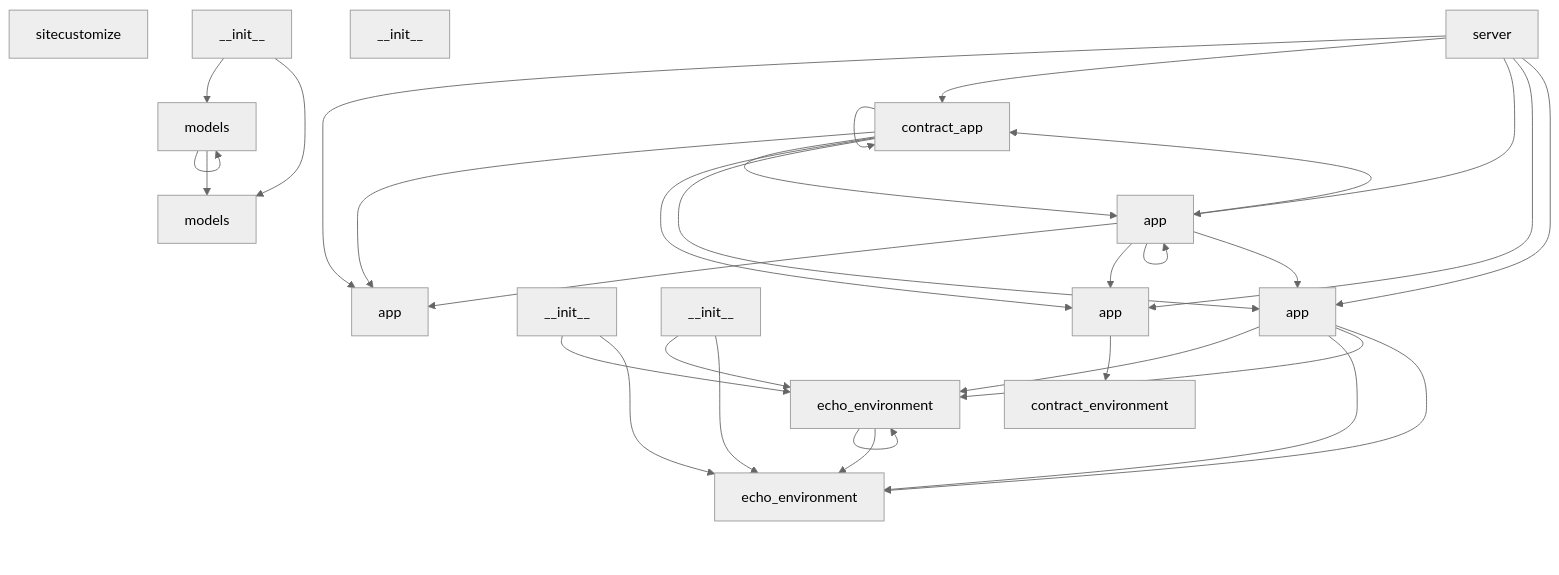
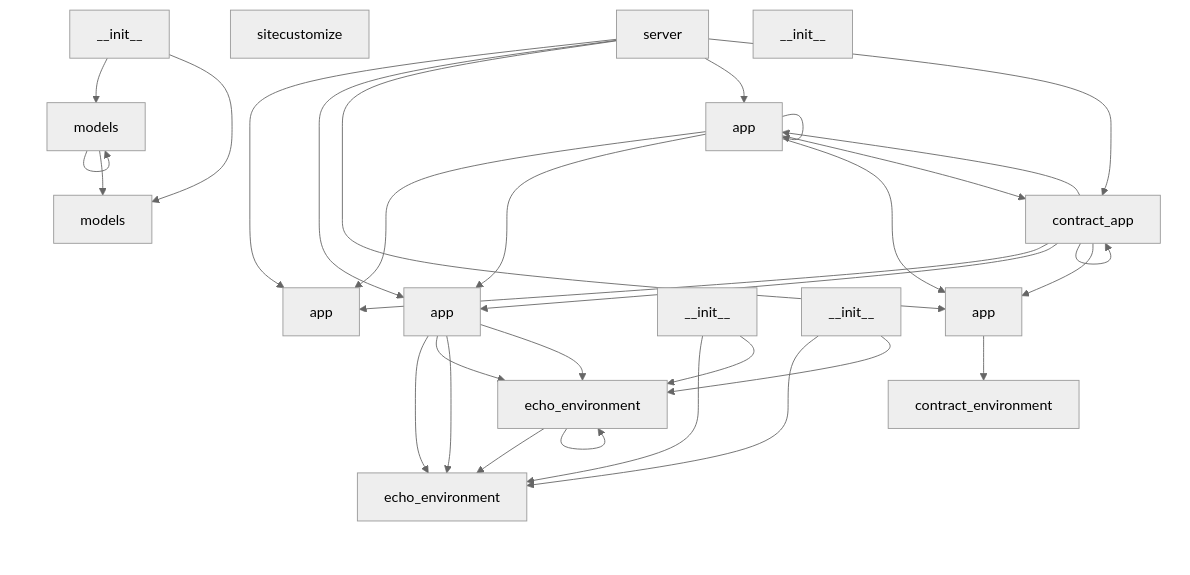
Before and after one commit to NITISH-R-G/DIALECTICA: the first of 2 diagrams in README.md, drawn with Mermaid (neutral theme). The commit also changed other lines of this file and 2 other files, not shown here.

Commit message:
docs: Auto-update architecture and README

````diff
--- a/README.md
+++ b/README.md
@@ -26,65 +26,65 @@
 ```mermaid
 graph TD
-    app_py["app"]
-    click app_py href "app.py" "Go to source"
     models_py["models"]
     click models_py href "models.py" "Go to source"
     models_py --> models_py
     models_py --> src_echo_env_models_py
-    sitecustomize_py["sitecustomize"]
-    click sitecustomize_py href "sitecustomize.py" "Go to source"
+    app_py["app"]
+    click app_py href "app.py" "Go to source"
     server_py["server"]
     click server_py href "server.py" "Go to source"
     server_py --> app_py
+    server_py --> src_echo_env_server_app_py
+    server_py --> src_contract_env_server_app_py
+    server_py --> server_app_py
     server_py --> server_contract_app_py
-    server_py --> server_app_py
-    server_py --> src_contract_env_server_app_py
-    server_py --> src_echo_env_server_app_py
-    server_contract_app_py["contract_app"]
-    click server_contract_app_py href "server/contract_app.py" "Go to source"
-    server_contract_app_py --> app_py
-    server_contract_app_py --> server_contract_app_py
-    server_contract_app_py --> server_app_py
-    server_contract_app_py --> src_contract_env_server_app_py
-    server_contract_app_py --> src_echo_env_server_app_py
-    server_app_py["app"]
-    click server_app_py href "server/app.py" "Go to source"
-    server_app_py --> app_py
-    server_app_py --> server_contract_app_py
-    server_app_py --> server_app_py
-    server_app_py --> src_contract_env_server_app_py
-    server_app_py --> src_echo_env_server_app_py
-    server_echo_environment_py["echo_environment"]
-    click server_echo_environment_py href "server/echo_environment.py" "Go to source"
-    server_echo_environment_py --> server_echo_environment_py
-    server_echo_environment_py --> src_echo_env_server_echo_environment_py
-    server___init___py["__init__"]
-    click server___init___py href "server/__init__.py" "Go to source"
-    server___init___py --> server_echo_environment_py
-    server___init___py --> src_echo_env_server_echo_environment_py
+    sitecustomize_py["sitecustomize"]
+    click sitecustomize_py href "sitecustomize.py" "Go to source"
+    src_echo_env___init___py["__init__"]
+    click src_echo_env___init___py href "src/echo_env/__init__.py" "Go to source"
+    src_echo_env___init___py --> models_py
+    src_echo_env___init___py --> src_echo_env_models_py
+    src_echo_env_models_py["models"]
+    click src_echo_env_models_py href "src/echo_env/models.py" "Go to source"
+    src_echo_env_server_echo_environment_py["echo_environment"]
+    click src_echo_env_server_echo_environment_py href "src/echo_env/server/echo_environment.py" "Go to source"
+    src_echo_env_server___init___py["__init__"]
+    click src_echo_env_server___init___py href "src/echo_env/server/__init__.py" "Go to source"
+    src_echo_env_server___init___py --> src_echo_env_server_echo_environment_py
+    src_echo_env_server___init___py --> server_echo_environment_py
+    src_echo_env_server_app_py["app"]
+    click src_echo_env_server_app_py href "src/echo_env/server/app.py" "Go to source"
+    src_echo_env_server_app_py --> src_echo_env_server_echo_environment_py
+    src_echo_env_server_app_py --> server_echo_environment_py
+    src_echo_env_server_app_py --> src_echo_env_server_echo_environment_py
+    src_echo_env_server_app_py --> server_echo_environment_py
     src_contract_env___init___py["__init__"]
     click src_contract_env___init___py href "src/contract_env/__init__.py" "Go to source"
     src_contract_env_server_app_py["app"]
     click src_contract_env_server_app_py href "src/contract_env/server/app.py" "Go to source"
     src_contract_env_server_app_py --> src_contract_env_server_contract_environment_py
     src_contract_env_server_contract_environment_py["contract_environment"]
     click src_contract_env_server_contract_environment_py href "src/contract_env/server/contract_environment.py" "Go to source"
-    src_echo_env_models_py["models"]
-    click src_echo_env_models_py href "src/echo_env/models.py" "Go to source"
-    src_echo_env___init___py["__init__"]
-    click src_echo_env___init___py href "src/echo_env/__init__.py" "Go to source"
-    src_echo_env___init___py --> models_py
-    src_echo_env___init___py --> src_echo_env_models_py
-    src_echo_env_server_app_py["app"]
-    click src_echo_env_server_app_py href "src/echo_env/server/app.py" "Go to source"
-    src_echo_env_server_app_py --> server_echo_environment_py
-    src_echo_env_server_app_py --> src_echo_env_server_echo_environment_py
-    src_echo_env_server_app_py --> server_echo_environment_py
-    src_echo_env_server_app_py --> src_echo_env_server_echo_environment_py
-    src_echo_env_server_echo_environment_py["echo_environment"]
-    click src_echo_env_server_echo_environment_py href "src/echo_env/server/echo_environment.py" "Go to source"
-    src_echo_env_server___init___py["__init__"]
-    click src_echo_env_server___init___py href "src/echo_env/server/__init__.py" "Go to source"
-    src_echo_env_server___init___py --> server_echo_environment_py
-    src_echo_env_server___init___py --> src_echo_env_server_echo_environment_py
+    server_echo_environment_py["echo_environment"]
+    click server_echo_environment_py href "server/echo_environment.py" "Go to source"
+    server_echo_environment_py --> src_echo_env_server_echo_environment_py
+    server_echo_environment_py --> server_echo_environment_py
+    server___init___py["__init__"]
+    click server___init___py href "server/__init__.py" "Go to source"
+    server___init___py --> src_echo_env_server_echo_environment_py
+    server___init___py --> server_echo_environment_py
+    server_app_py["app"]
+    click server_app_py href "server/app.py" "Go to source"
+    server_app_py --> app_py
+    server_app_py --> src_echo_env_server_app_py
+    server_app_py --> src_contract_env_server_app_py
+    server_app_py --> server_app_py
+    server_app_py --> server_contract_app_py
+    server_contract_app_py["contract_app"]
+    click server_contract_app_py href "server/contract_app.py" "Go to source"
+    server_contract_app_py --> app_py
+    server_contract_app_py --> src_echo_env_server_app_py
+    server_contract_app_py --> src_contract_env_server_app_py
+    server_contract_app_py --> server_app_py
+    server_contract_app_py --> server_contract_app_py
 ```
````
